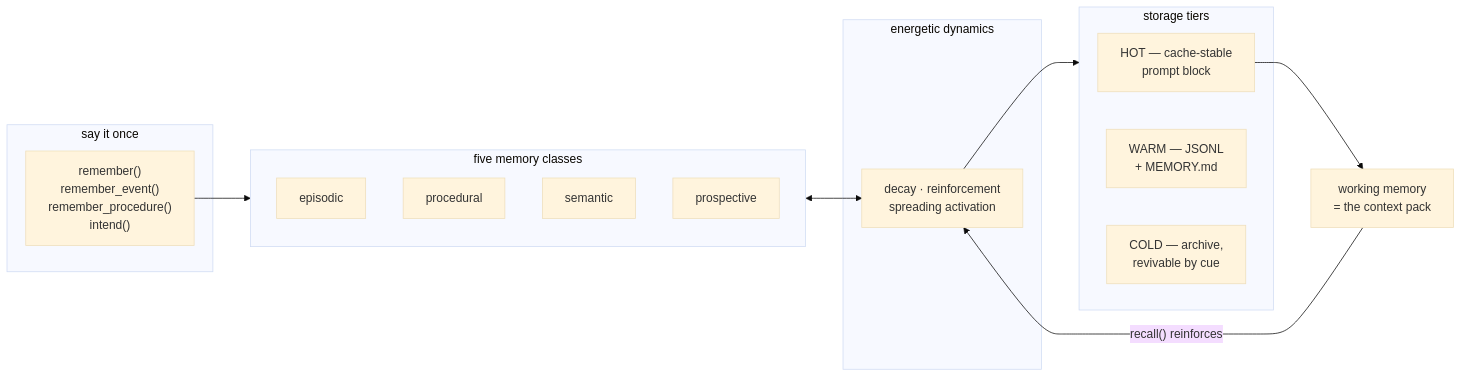
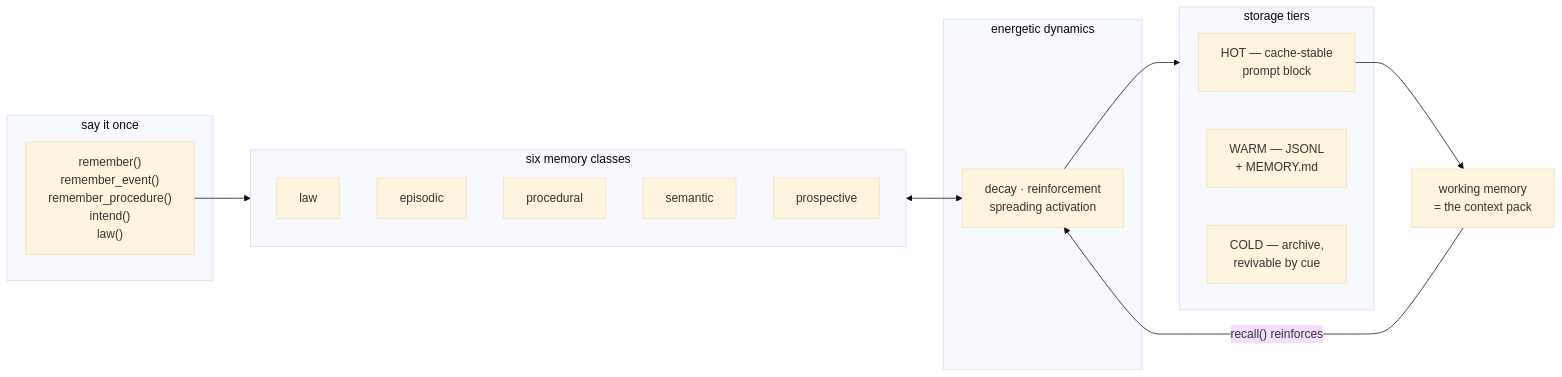
One commit to mjgleason3/wouf changed the diagram in README.md. Above: the diagram before and after it, drawn with Mermaid (base theme). The commit also changed other lines of this file and 19 other files, not shown here.

````diff
--- a/README.md
+++ b/README.md
@@ -32,26 +32,27 @@
 ```mermaid
 flowchart LR
     subgraph write ["say it once"]
-        A["remember()<br/>remember_event()<br/>remember_procedure()<br/>intend()"]
+        A["remember()<br/>remember_event()<br/>remember_procedure()<br/>intend()<br/>law()"]
     end
-    subgraph memory ["five memory classes"]
+    subgraph memory ["six memory classes"]
+        L[law]
         E[episodic]
         P[procedural]
         S[semantic]
         F[prospective]
     end
     subgraph physics ["energetic dynamics"]
         D["decay · reinforcement<br/>spreading activation"]
     end
     subgraph tiers ["storage tiers"]
         HOT["HOT — cache-stable<br/>prompt block"]
         WARM["WARM — JSONL<br/>+ MEMORY.md"]
         COLD["COLD — archive,<br/>revivable by cue"]
     end
     W["working memory<br/>= the context pack"]
     A --> memory
     memory <--> D
     D --> tiers
     HOT --> W
     W -->|"recall() reinforces"| D
 ```
````
